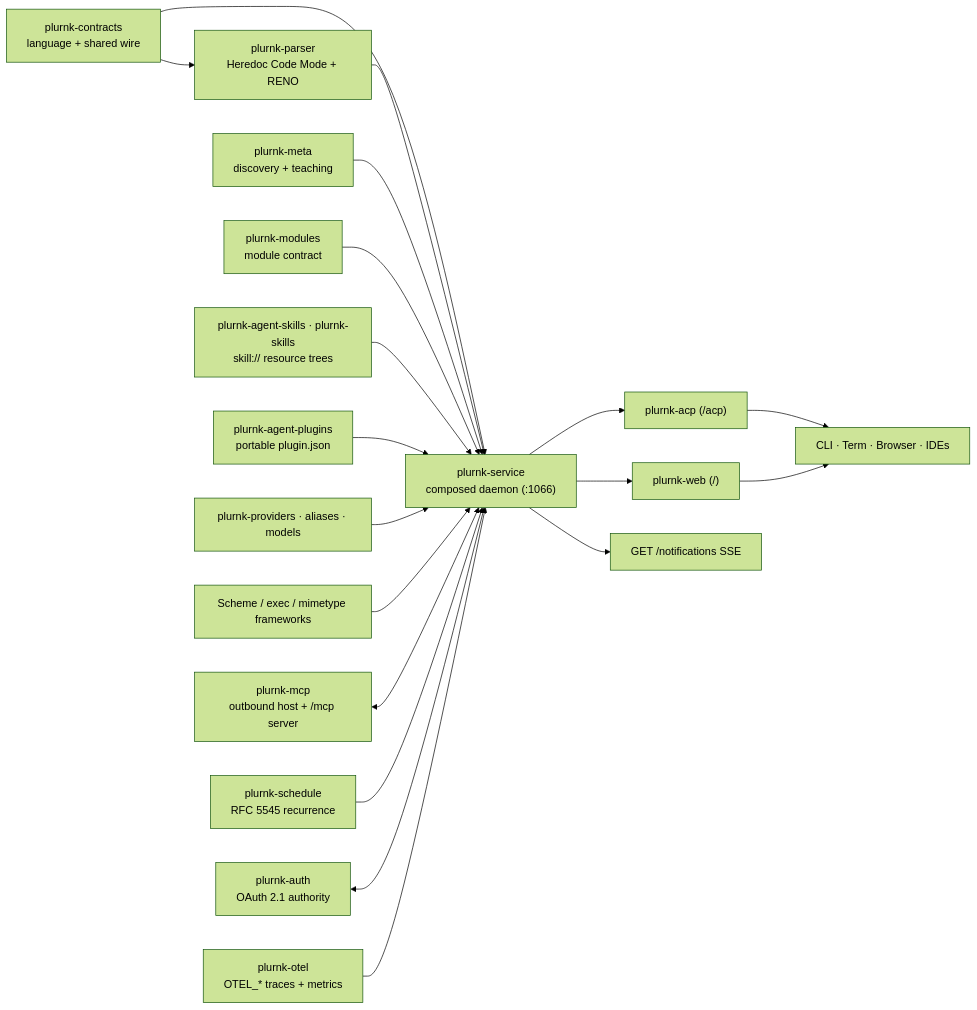
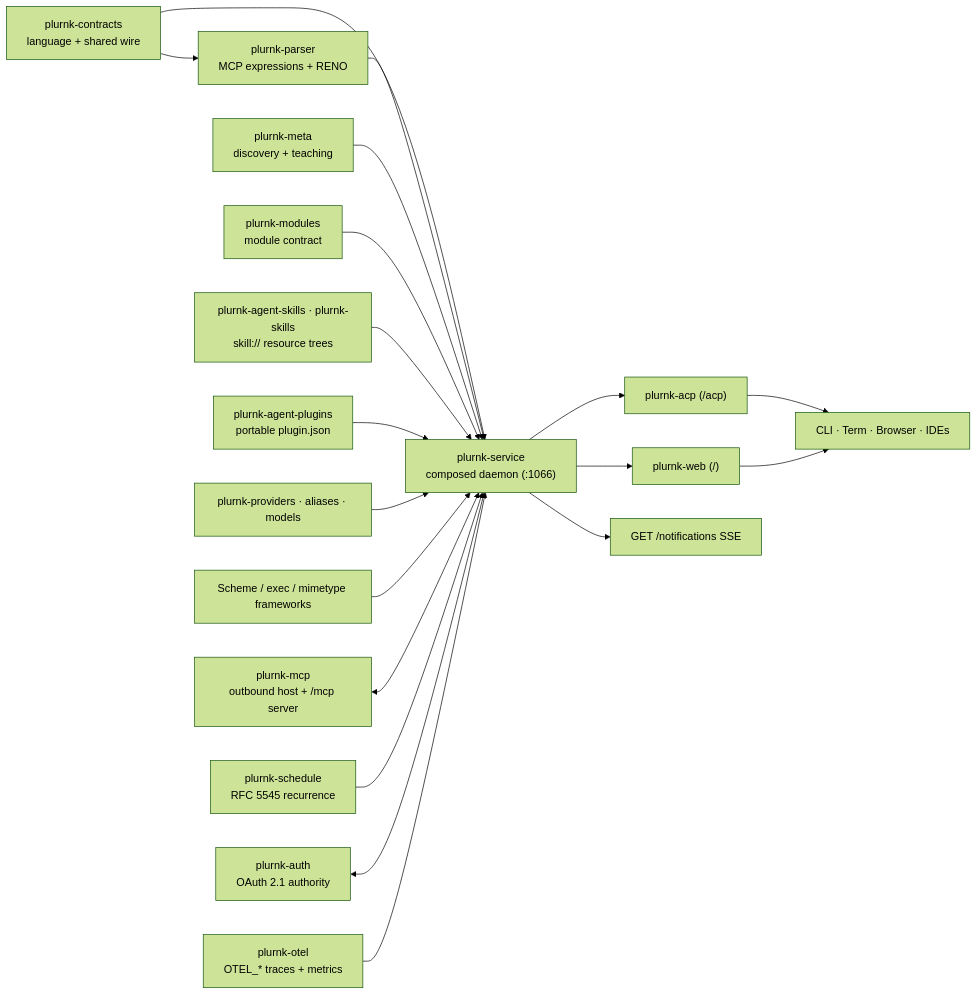
Before and after one commit to plurnk/plurnk-service: the second of 5 diagrams in ARCHITECTURE.md, drawn with Mermaid (forest theme). The commit also changed other lines of this file and 105 other files, not shown here.

Commit message:
refactor(contracts): unify syntax and diagnostics on MCP expressions (#1475)

````diff
--- a/ARCHITECTURE.md
+++ b/ARCHITECTURE.md
@@ -64,20 +64,20 @@
 ```mermaid
 flowchart LR
-    contracts["plurnk-contracts<br/>language + shared wire"] --> parser["plurnk-parser<br/>Heredoc Code Mode + RENO"] & core
+    contracts["plurnk-contracts<br/>language + shared wire"] --> parser["plurnk-parser<br/>MCP expressions + RENO"] & core
     parser --> core
     meta["plurnk-meta<br/>discovery + teaching"] --> core
     modules["plurnk-modules<br/>module contract"] --> core
     skills["plurnk-agent-skills · plurnk-skills<br/>skill:// resource trees"] --> core
     plugins["plurnk-agent-plugins<br/>portable plugin.json"] --> core
     providers["plurnk-providers · aliases · models"] --> core
     frameworks["Scheme / exec / mimetype frameworks"] --> core
     mcp["plurnk-mcp<br/>outbound host + /mcp server"] <--> core
     schedule["plurnk-schedule<br/>RFC 5545 recurrence"] --> core
     auth["plurnk-auth<br/>OAuth 2.1 authority"] <--> core
     otel["plurnk-otel<br/>OTEL_* traces + metrics"] --> core
     core["plurnk-service<br/>composed daemon (:1066)"]
     core --> acp["plurnk-acp (/acp)"]
     core --> web["plurnk-web (/)"]
     core --> notifications["GET /notifications SSE"]
     acp & web --> clients["CLI · Term · Browser · IDEs"]
 ```
````
